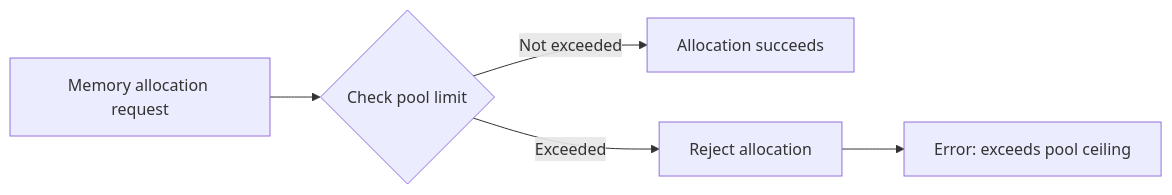
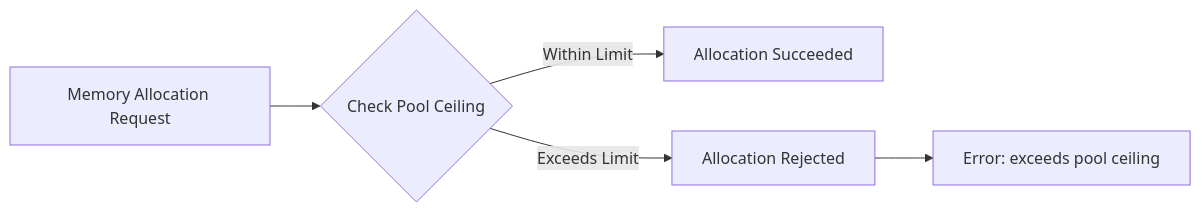
One commit to Atlas-Ascend-Fork/hcomm changed the first of 4 diagrams in test/hccl_vm/docs/faq/modules/faq_en.md. Above: the diagram before and after it, drawn with Mermaid. The commit also changed other lines of this file and 31 other files, not shown here.

````diff
--- a/test/hccl_vm/docs/faq/modules/faq_en.md
+++ b/test/hccl_vm/docs/faq/modules/faq_en.md
@@ -370,7 +372,7 @@
 ```mermaid
 graph LR
-    A[Memory allocation request] --> B{Check pool limit}
-    B -->|Not exceeded| C[Allocation succeeds]
-    B -->|Exceeded| D[Reject allocation]
+    A[Memory Allocation Request] --> B{Check Pool Ceiling}
+    B -->|Within Limit| C[Allocation Succeeded]
+    B -->|Exceeds Limit| D[Allocation Rejected]
     D --> E[Error: exceeds pool ceiling]
 ```
````
